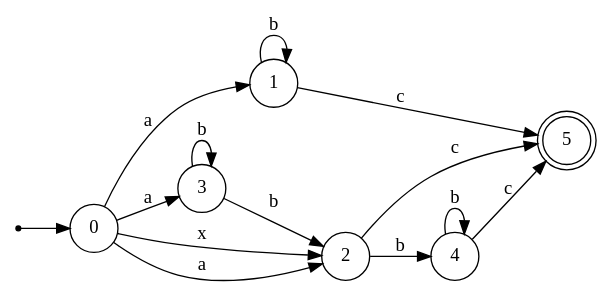
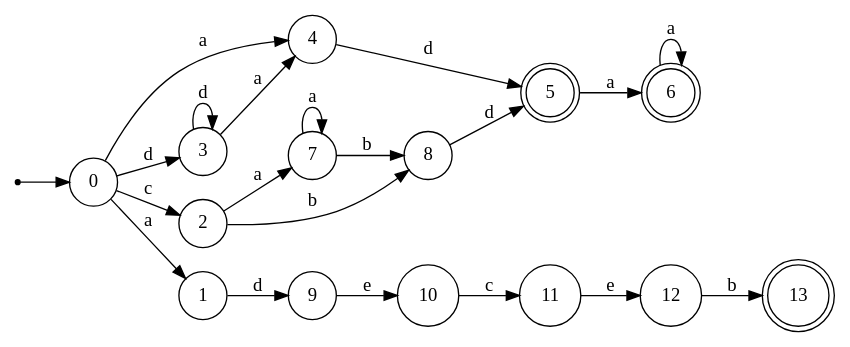
Before and after one commit to LeonardoDeFaveri/NFA-minimization: the diagram in nfa.gv, drawn with Graphviz. The commit also changed 12 other files, not shown here.

```diff
--- a/nfa.gv
+++ b/nfa.gv
@@ -1,24 +1,39 @@
 digraph {
 	rankdir = LR;
 	size = "30,20";
 	node [shape = point]; "dummy0"
 	node [shape = circle]; "0"
 	"dummy0" -> "0";
+	node [shape = circle]; "10";
+	node [shape = circle]; "11";
+	node [shape = circle]; "7";
 	node [shape = doublecircle]; "5";
+	node [shape = doublecircle]; "6";
+	node [shape = circle]; "3";
+	node [shape = circle]; "12";
+	node [shape = circle]; "9";
+	node [shape = doublecircle]; "13";
+	node [shape = circle]; "8";
+	node [shape = circle]; "2";
 	node [shape = circle]; "1";
-	node [shape = circle]; "3";
 	node [shape = circle]; "4";
-	node [shape = circle]; "2";
-	"4" -> "4" [label = "b"];
-	"4" -> "5" [label = "c"];
-	"0" -> "2" [label = "x"];
+	"7" -> "7" [label = "a"];
+	"7" -> "8" [label = "b"];
+	"3" -> "3" [label = "d"];
+	"3" -> "4" [label = "a"];
+	"5" -> "6" [label = "a"];
+	"0" -> "2" [label = "c"];
+	"0" -> "3" [label = "d"];
+	"0" -> "4" [label = "a"];
 	"0" -> "1" [label = "a"];
-	"0" -> "2" [label = "a"];
-	"0" -> "3" [label = "a"];
-	"1" -> "1" [label = "b"];
-	"1" -> "5" [label = "c"];
-	"2" -> "5" [label = "c"];
-	"2" -> "4" [label = "b"];
-	"3" -> "2" [label = "b"];
-	"3" -> "3" [label = "b"];
+	"6" -> "6" [label = "a"];
+	"8" -> "5" [label = "d"];
+	"4" -> "5" [label = "d"];
+	"1" -> "9" [label = "d"];
+	"9" -> "10" [label = "e"];
+	"10" -> "11" [label = "c"];
+	"11" -> "12" [label = "e"];
+	"12" -> "13" [label = "b"];
+	"2" -> "8" [label = "b"];
+	"2" -> "7" [label = "a"];
 }
```
